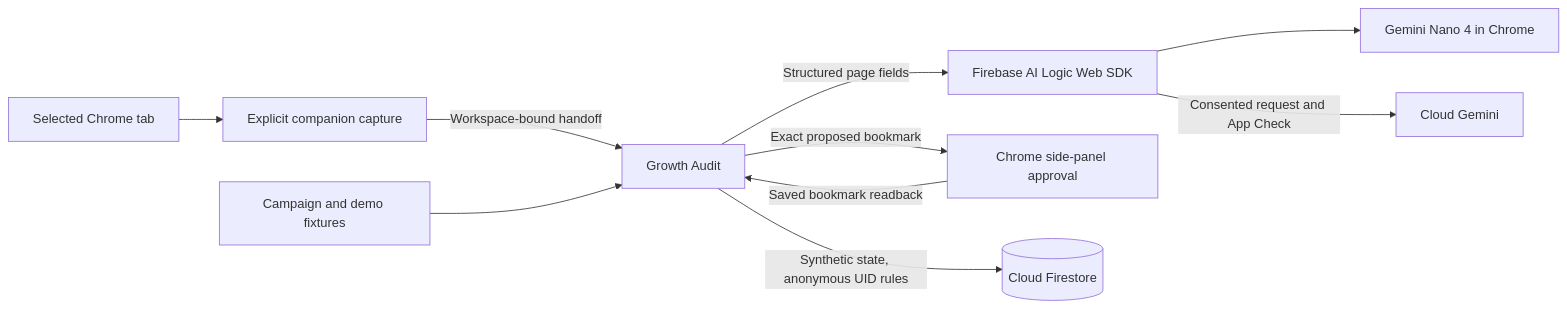
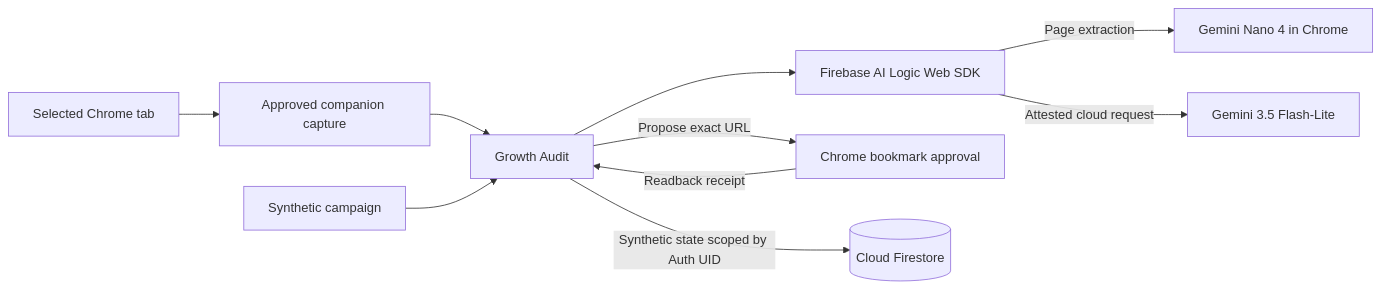
Before and after one commit to AmirmLotfy/roaclaw-growth-os: the diagram in README.md, drawn with Mermaid. The commit also changed other lines of this file and 37 other files, not shown here.

````diff
--- a/README.md
+++ b/README.md
@@ -29,12 +22,12 @@
 ```mermaid
 flowchart LR
-    Page[Selected Chrome tab] --> Capture[Explicit companion capture]
-    Capture -->|Workspace-bound handoff| Audit[Growth Audit]
-    Fixture[Campaign and demo fixtures] --> Audit
-    Audit -->|Structured page fields| AI[Firebase AI Logic Web SDK]
-    AI --> Nano[Gemini Nano 4 in Chrome]
-    AI -->|Consented request and App Check| Gemini[Cloud Gemini]
-    Audit -->|Exact proposed bookmark| Approval[Chrome side-panel approval]
-    Approval -->|Saved bookmark readback| Audit
-    Audit -->|Synthetic state, anonymous UID rules| Firestore[(Cloud Firestore)]
+    Page[Selected Chrome tab] --> Capture[Approved companion capture]
+    Capture --> Audit[Growth Audit]
+    Fixture[Synthetic campaign] --> Audit
+    Audit --> Logic[Firebase AI Logic Web SDK]
+    Logic -->|Page extraction| Nano[Gemini Nano 4 in Chrome]
+    Logic -->|Attested cloud request| Gemini[Gemini 3.5 Flash-Lite]
+    Audit -->|Propose exact URL| Chrome[Chrome bookmark approval]
+    Chrome -->|Readback receipt| Audit
+    Audit -->|Synthetic state scoped by Auth UID| Firestore[(Cloud Firestore)]
 ```
````
